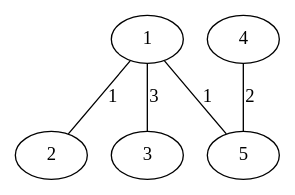
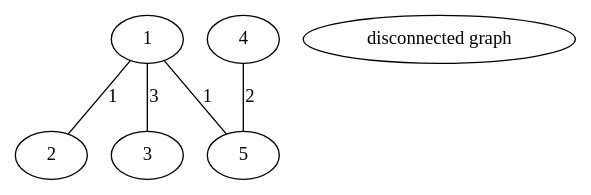
Before and after one commit to wasseks/flita: the diagram in homework3/matrix.gv, drawn with Graphviz. The commit also changed 4 other files, not shown here.

```diff
--- a/homework3/matrix.gv
+++ b/homework3/matrix.gv
@@ -1,6 +1,12 @@
 graph G {
+1
+2
+3
+4
+5
 	1 -- 2 [label="1"];
 	1 -- 3 [label="3"];
 	1 -- 5 [label="1"];
 	4 -- 5 [label="2"];
+0 [label = "disconnected graph"]
 }
```
